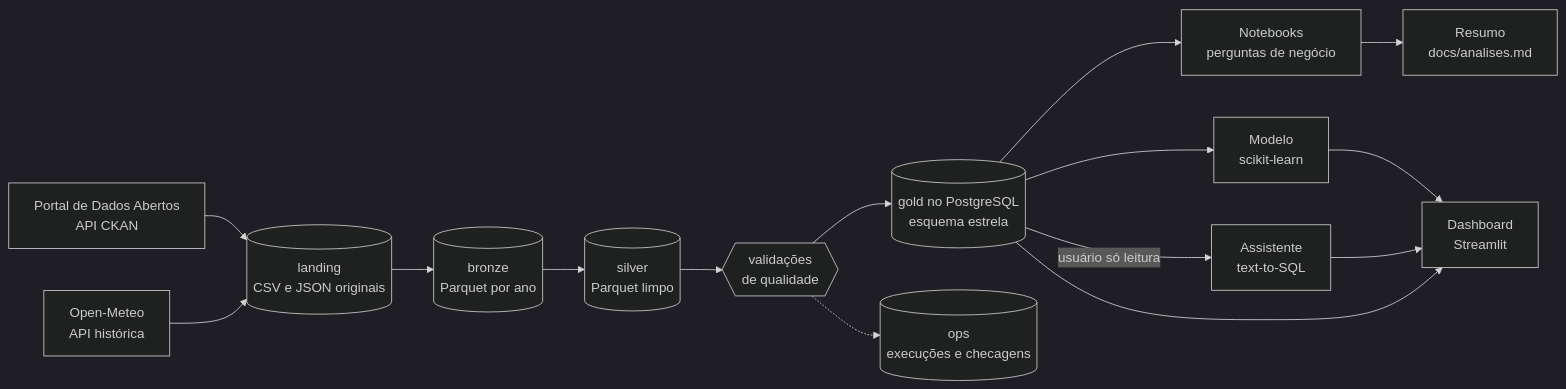
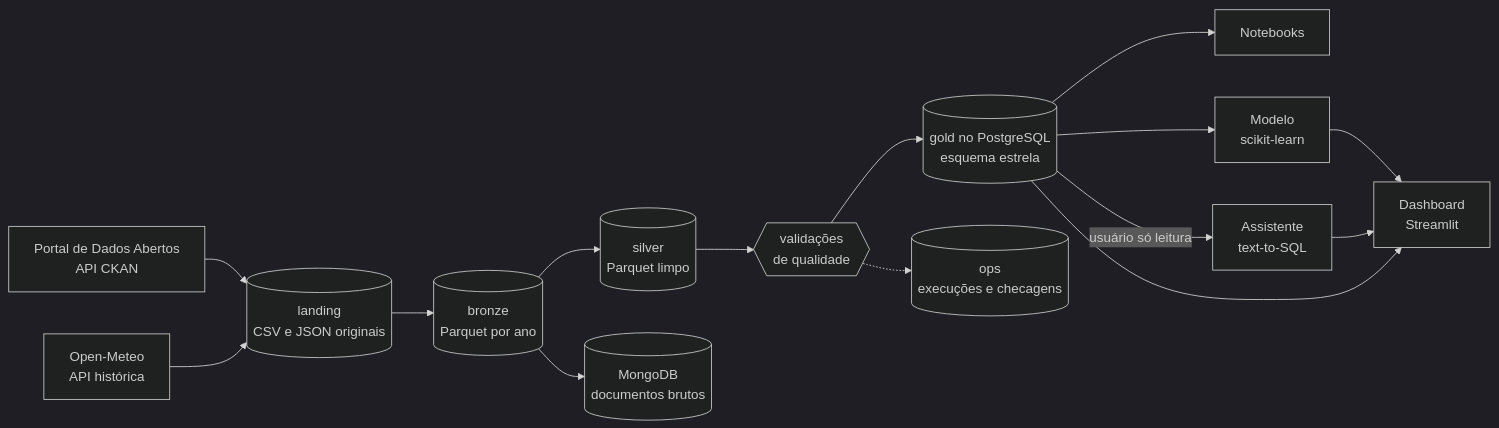
Before and after one commit to nogsposito/recife-156: the first of 2 diagrams in README.md, drawn with Mermaid (dark theme). The commit also changed other lines of this file and 20 other files, not shown here.

````diff
--- a/README.md
+++ b/README.md
@@ -22,17 +38,17 @@
 ```mermaid
 flowchart LR
     A[Portal de Dados Abertos<br/>API CKAN] --> L[(landing<br/>CSV e JSON originais)]
     W[Open-Meteo<br/>API histórica] --> L
     L --> B[(bronze<br/>Parquet por ano)]
     B --> S[(silver<br/>Parquet limpo)]
     S --> Q{{validações<br/>de qualidade}}
     Q --> G[(gold no PostgreSQL<br/>esquema estrela)]
     Q -.-> O[(ops<br/>execuções e checagens)]
-    G --> N[Notebooks<br/>perguntas de negócio]
-    N --> R[Resumo<br/>docs/analises.md]
+    B --> MG[(MongoDB<br/>documentos brutos)]
+    G --> N[Notebooks]
     G --> M[Modelo<br/>scikit-learn]
+    G -->|usuário só leitura| AI[Assistente<br/>text-to-SQL]
     M --> D[Dashboard<br/>Streamlit]
-    G -->|usuário só leitura| AI[Assistente<br/>text-to-SQL]
     AI --> D
     G --> D
 ```
````
